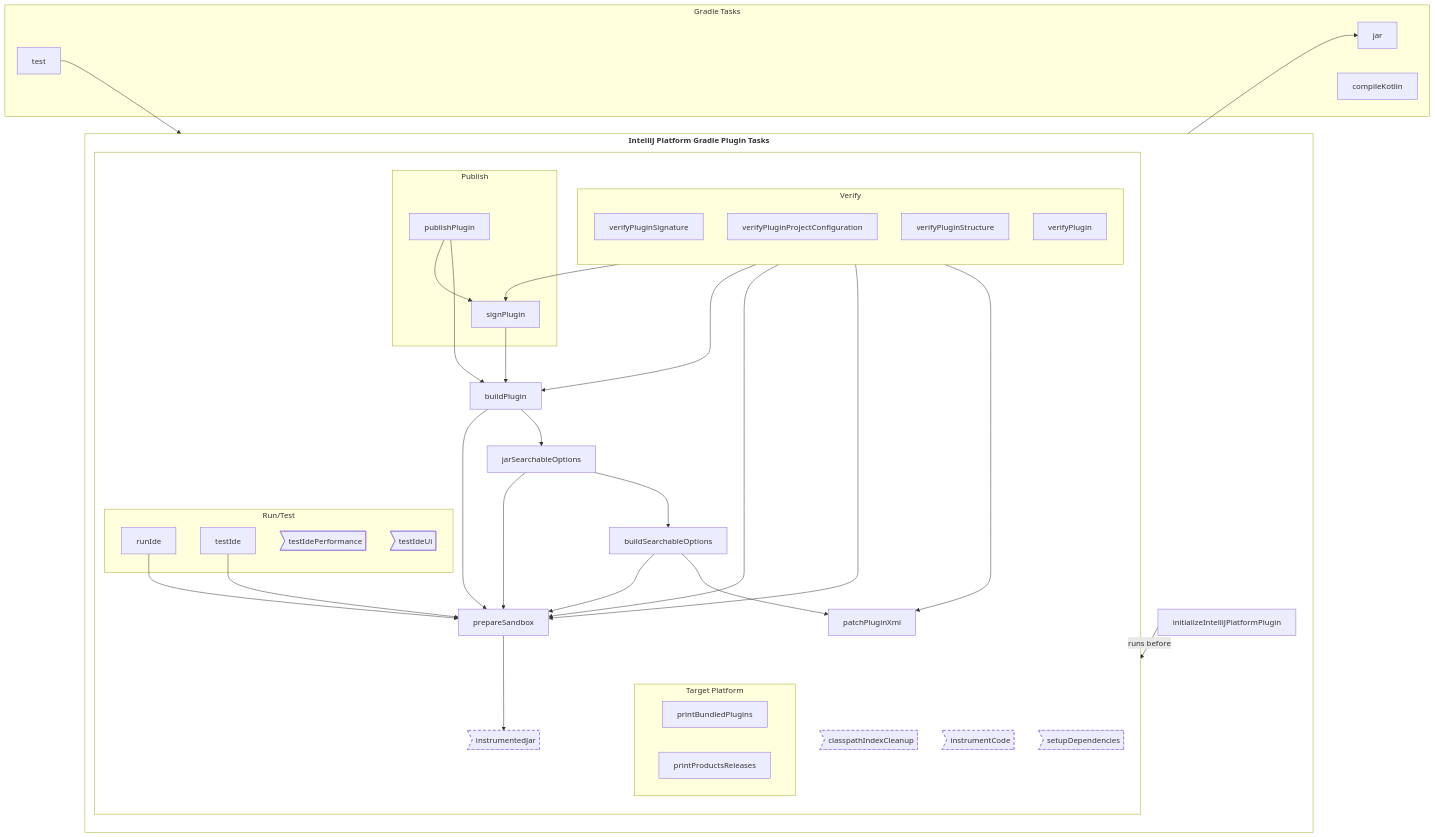
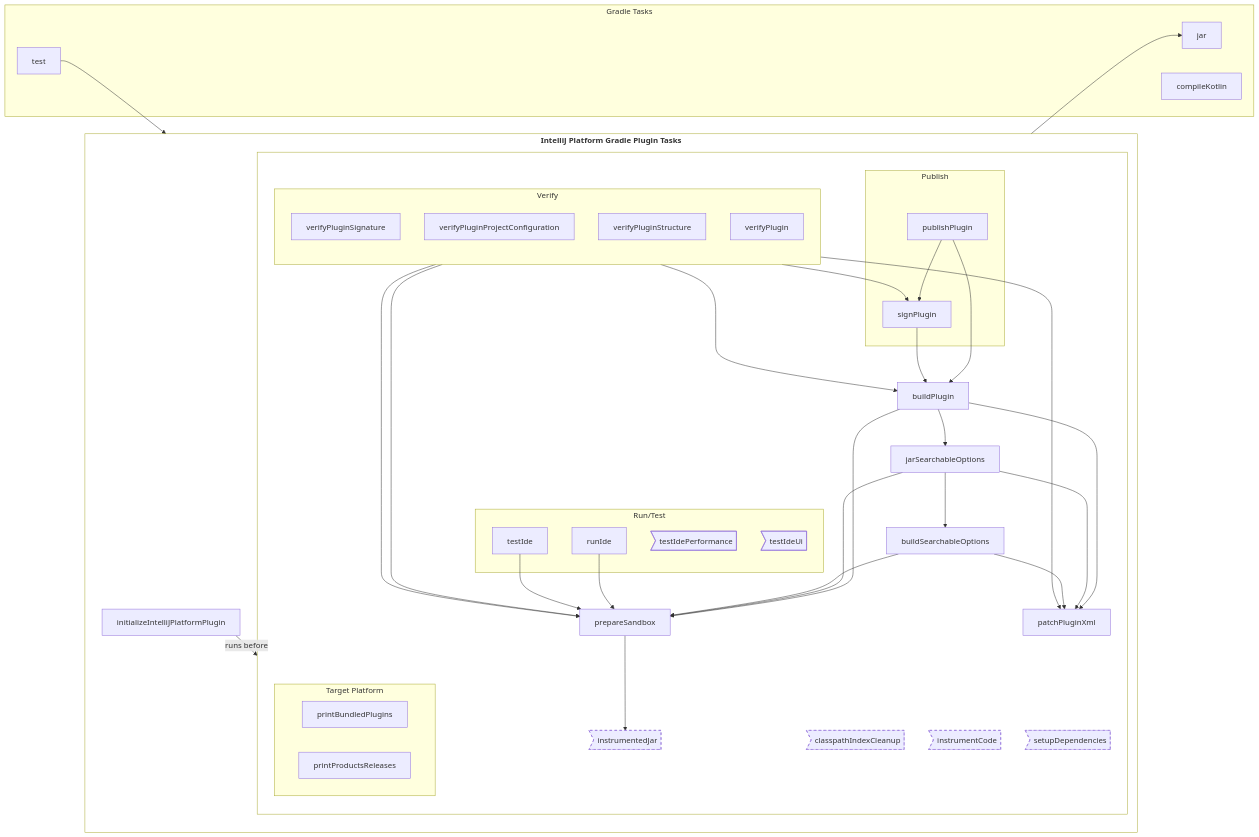
The diagram in topics/appendix/tools/intellij_platform_gradle_plugin/tools_intellij_platform_gradle_plugin_tasks.md (JetBrains/intellij-sdk-docs), drawn with Mermaid before and after one commit. The commit also changed other lines of this file and 2 other files, not shown here.

Commit message:
IntelliJ Platform Gradle Plugin: Introduce `intellijPlatform.projectName` property, drop the `PluginAware.plugin`

```diff
--- a/topics/appendix/tools/intellij_platform_gradle_plugin/tools_intellij_platform_gradle_plugin_tasks.md
+++ b/topics/appendix/tools/intellij_platform_gradle_plugin/tools_intellij_platform_gradle_plugin_tasks.md
@@ -67,8 +67,8 @@
 
 
     initializeIntelliJPlatformPlugin --> | runs before | ALL
-    buildPlugin --> jarSearchableOptions & prepareSandbox
-    jarSearchableOptions --> buildSearchableOptions & prepareSandbox
+    buildPlugin --> jarSearchableOptions & prepareSandbox & patchPluginXml
+    jarSearchableOptions --> buildSearchableOptions & prepareSandbox & patchPluginXml
     buildSearchableOptions --> patchPluginXml & prepareSandbox
     prepareSandbox --> jar & instrumentedJar
     publishPlugin --> buildPlugin & signPlugin
```
